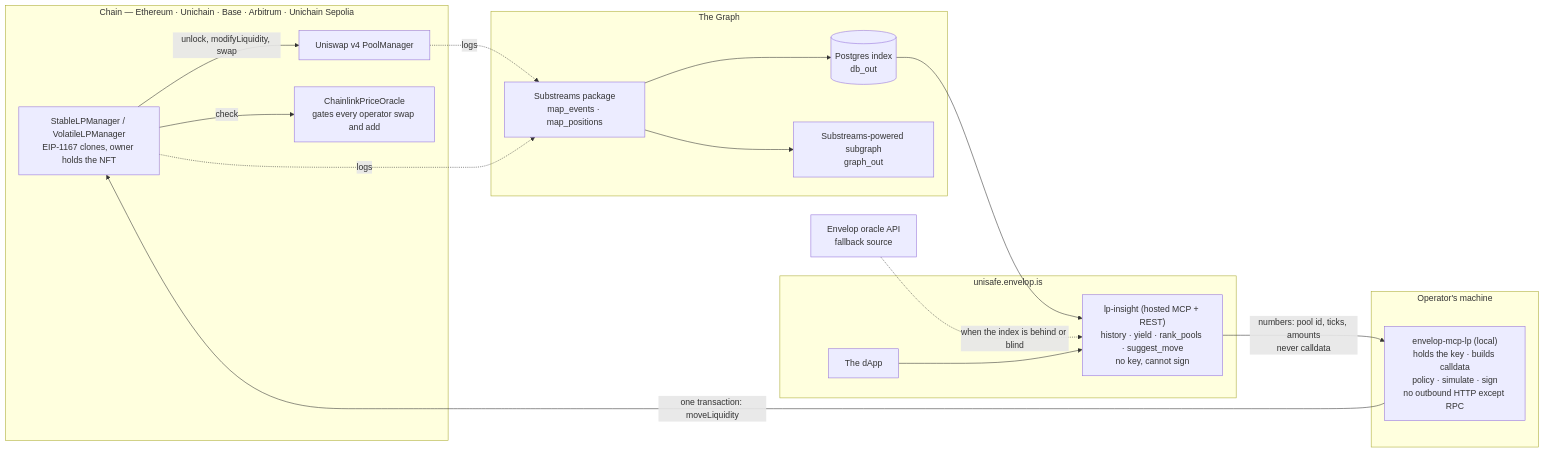
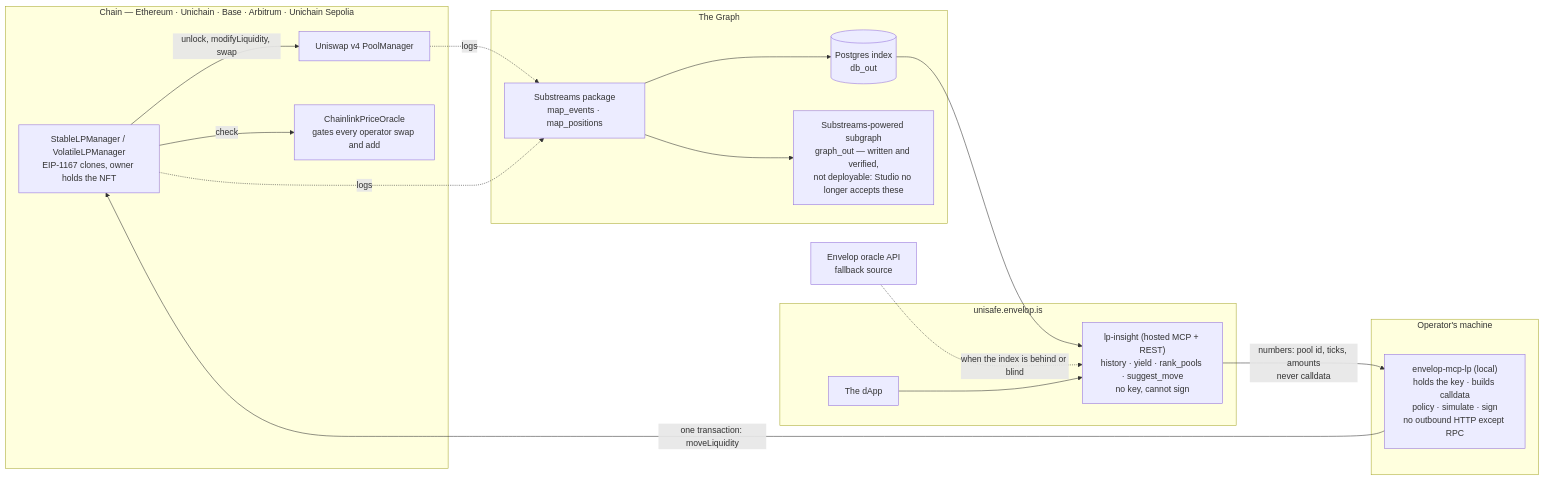
The diagram in README.md (dao-envelop/ethonline-2026-unisafe), drawn with Mermaid before and after one commit. The commit also changed other lines of this file and 3 other files, not shown here.

````diff
--- a/README.md
+++ b/README.md
@@ -62,37 +68,37 @@
 ```mermaid
 flowchart LR
   subgraph chain["Chain — Ethereum · Unichain · Base · Arbitrum · Unichain Sepolia"]
     MGR["StableLPManager / VolatileLPManager<br/>EIP-1167 clones, owner holds the NFT"]
     V4["Uniswap v4 PoolManager"]
     ORC["ChainlinkPriceOracle<br/>gates every operator swap and add"]
     MGR -->|unlock, modifyLiquidity, swap| V4
     MGR -->|check| ORC
   end
 
   subgraph local["Operator's machine"]
     MCP["envelop-mcp-lp (local)<br/>holds the key · builds calldata<br/>policy · simulate · sign<br/>no outbound HTTP except RPC"]
   end
 
   subgraph hosted["unisafe.envelop.is"]
     INS["lp-insight (hosted MCP + REST)<br/>history · yield · rank_pools · suggest_move<br/>no key, cannot sign"]
     APP["The dApp"]
   end
 
   subgraph graph["The Graph"]
     SUB["Substreams package<br/>map_events · map_positions"]
     DB[("Postgres index<br/>db_out")]
-    SG["Substreams-powered subgraph<br/>graph_out"]
+    SG["Substreams-powered subgraph<br/>graph_out — written and verified,<br/>not deployable: Studio no longer accepts these"]
     SUB --> DB
     SUB --> SG
   end
 
   ORACLE["Envelop oracle API<br/>fallback source"]
 
   V4 -.->|logs| SUB
   MGR -.->|logs| SUB
   DB --> INS
   ORACLE -.->|when the index is behind or blind| INS
   INS -->|numbers: pool id, ticks, amounts<br/>never calldata| MCP
   MCP -->|one transaction: moveLiquidity| MGR
   APP --> INS
 ```
````
